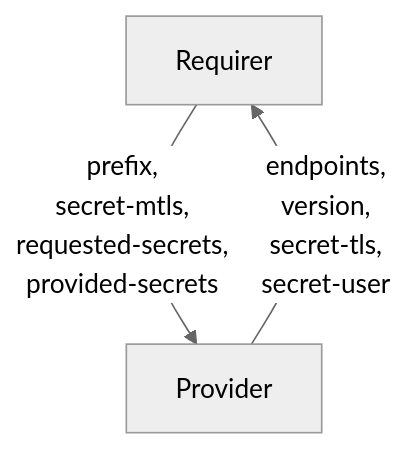
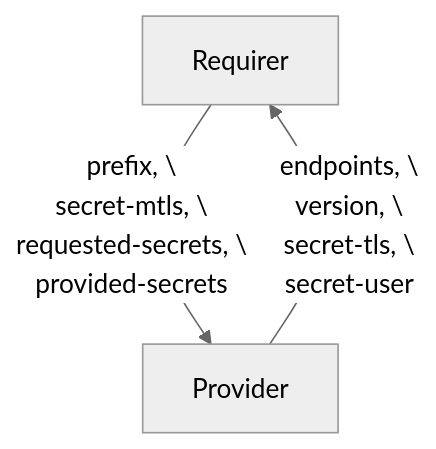
Before and after one commit to james-garner-canonical/charmlibs: the diagram in interfaces/etcd_client/interface/v0/README.md, drawn with Mermaid (neutral theme).

Commit message:
docs: try \\n for mermaid linebreaks

````diff
--- a/interfaces/etcd_client/interface/v0/README.md
+++ b/interfaces/etcd_client/interface/v0/README.md
@@ -14,5 +14,5 @@
 ```mermaid
 flowchart TD
-    Requirer -- prefix, \nsecret-mtls, \nrequested-secrets, \nprovided-secrets --> Provider
-    Provider -- endpoints, \nversion, \nsecret-tls, \nsecret-user--> Requirer
+    Requirer -- prefix, \\nsecret-mtls, \\nrequested-secrets, \\nprovided-secrets --> Provider
+    Provider -- endpoints, \\nversion, \\nsecret-tls, \\nsecret-user--> Requirer
 ```
````
